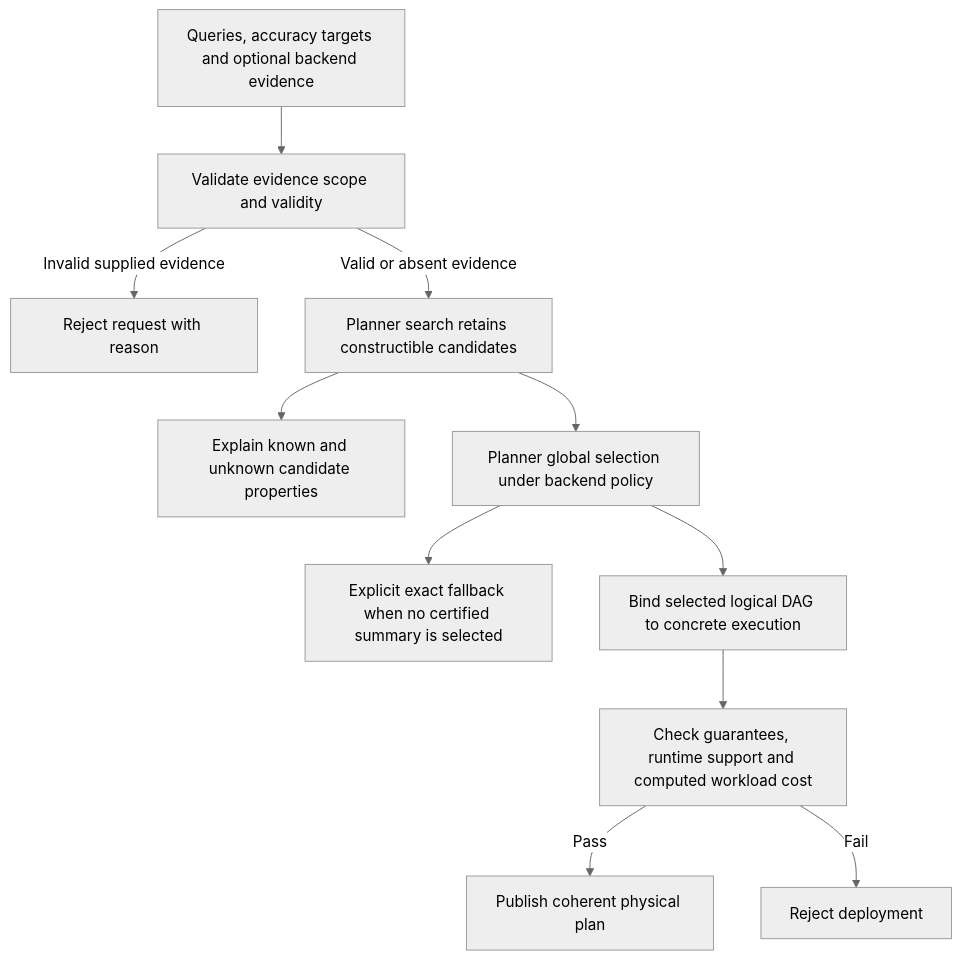
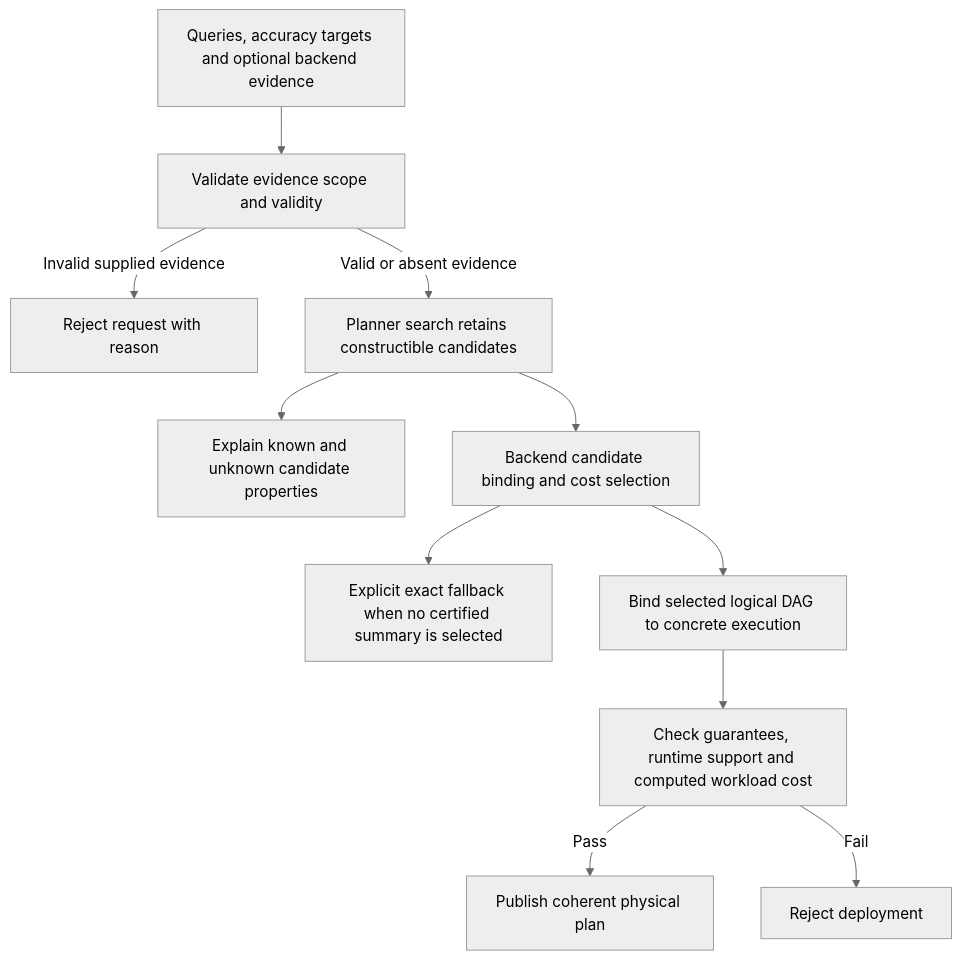
The first of 3 diagrams in docs/design_docs/evidence-dependent-candidates.md (ProjectASAP/ASAPQuery-backend), drawn with Mermaid (neutral theme) before and after one commit. The commit also changed other lines of this file, not shown here.

Commit message:
docs: separate current candidate selection from future ERP feedback

````diff
--- a/docs/design_docs/evidence-dependent-candidates.md
+++ b/docs/design_docs/evidence-dependent-candidates.md
@@ -31,13 +33,13 @@
 ```mermaid
 flowchart TD
     Input[Queries, accuracy targets and optional backend evidence] --> Validate[Validate evidence scope and validity]
     Validate -->|Invalid supplied evidence| Error[Reject request with reason]
     Validate -->|Valid or absent evidence| Search[Planner search retains constructible candidates]
     Search --> Inspect[Explain known and unknown candidate properties]
-    Search --> Select[Planner global selection under backend policy]
+    Search --> Select[Backend candidate binding and cost selection]
     Select --> Exact[Explicit exact fallback when no certified summary is selected]
     Select --> Bind[Bind selected logical DAG to concrete execution]
     Bind --> Admit[Check guarantees, runtime support and computed workload cost]
     Admit -->|Pass| Publish[Publish coherent physical plan]
     Admit -->|Fail| Reject[Reject deployment]
 ```
````
